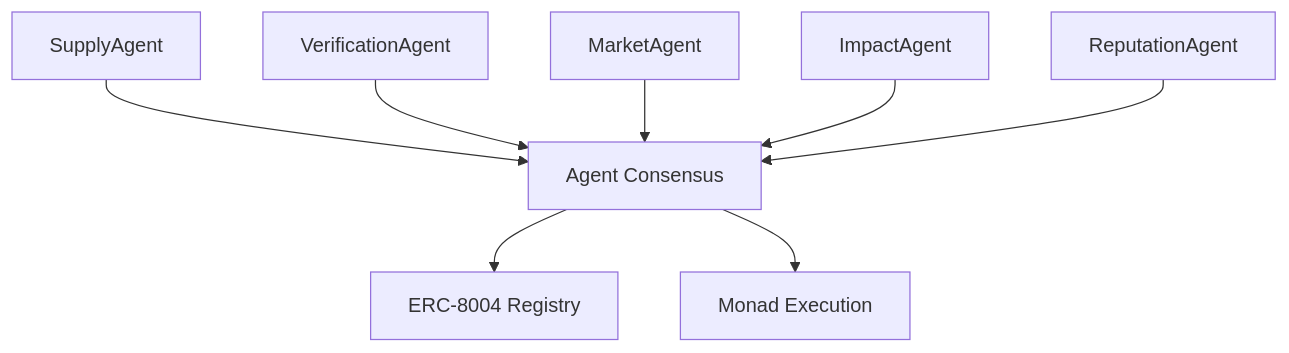
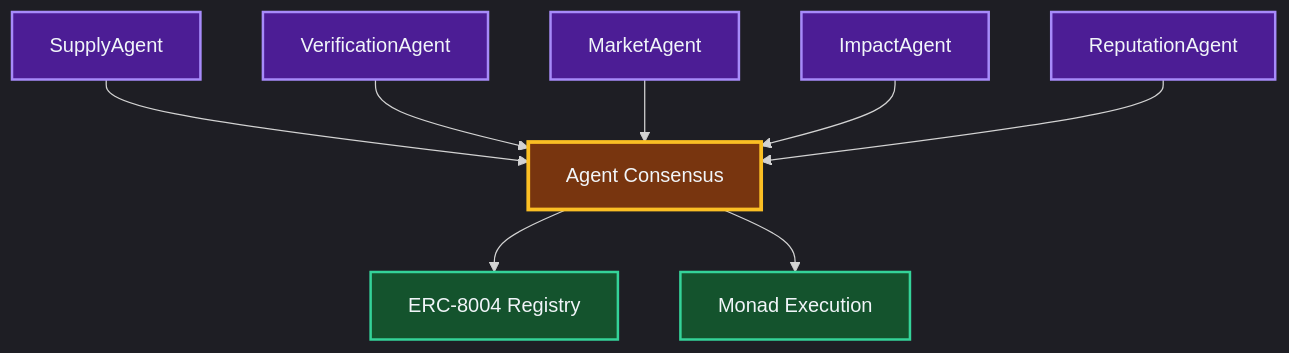
The fifth of 5 diagrams in docs/architecture/OVERVIEW_HYBRID_ARCHITECTURE.md (communisaas/voter-protocol), drawn with Mermaid before and after one commit. The commit also changed other lines of this file and 7 other files, not shown here.

````diff
--- a/docs/architecture/OVERVIEW_HYBRID_ARCHITECTURE.md
+++ b/docs/architecture/OVERVIEW_HYBRID_ARCHITECTURE.md
@@ -268,10 +291,20 @@
 ```mermaid
+%%{init: {'theme':'dark', 'themeVariables': { 'primaryColor':'#1e293b', 'primaryBorderColor':'#64748b', 'primaryTextColor':'#f1f5f9', 'background':'#0f172a', 'mainBkg':'#1e293b', 'secondaryBkg':'#334155'}}}%%
 flowchart TB
   Supply["SupplyAgent"] --> Consensus["Agent Consensus"]
   Verify["VerificationAgent"] --> Consensus
   Market["MarketAgent"] --> Consensus
   Impact["ImpactAgent"] --> Consensus
   Reputation["ReputationAgent"] --> Consensus
   Consensus --> ERC8004["ERC-8004 Registry"]
   Consensus --> Monad["Monad Execution"]
+  
+  style Supply fill:#4c1d95,stroke:#a78bfa,stroke-width:2px,color:#f1f5f9
+  style Verify fill:#4c1d95,stroke:#a78bfa,stroke-width:2px,color:#f1f5f9
+  style Market fill:#4c1d95,stroke:#a78bfa,stroke-width:2px,color:#f1f5f9
+  style Impact fill:#4c1d95,stroke:#a78bfa,stroke-width:2px,color:#f1f5f9
+  style Reputation fill:#4c1d95,stroke:#a78bfa,stroke-width:2px,color:#f1f5f9
+  style Consensus fill:#78350f,stroke:#fbbf24,stroke-width:3px,color:#f1f5f9
+  style ERC8004 fill:#14532d,stroke:#34d399,stroke-width:2px,color:#f1f5f9
+  style Monad fill:#14532d,stroke:#34d399,stroke-width:2px,color:#f1f5f9
 ```
````
